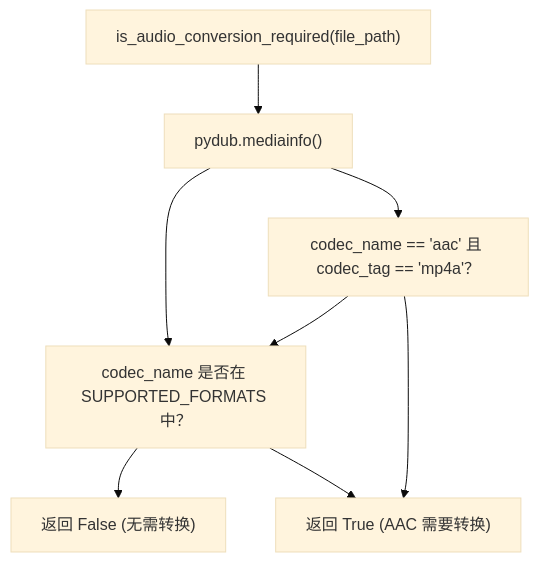
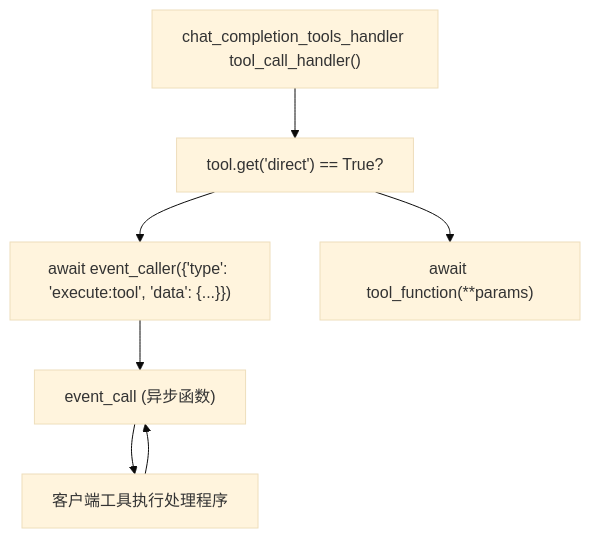
Before and after one commit to Chesszyh/Wiki: the third of 6 diagrams in tests/open-webui_deepwiki/zh/14-audio-processing.md, drawn with Mermaid (base theme). The commit also changed other lines of this file and 234 other files, not shown here.

````diff
--- a/tests/open-webui_deepwiki/zh/14-audio-processing.md
+++ b/tests/open-webui_deepwiki/zh/14-audio-processing.md
@@ -254,17 +85,16 @@
 ```mermaid
 flowchart TD
-    CheckFormat["is_audio_conversion_required(file_path)"]
-    GetMediaInfo["pydub.mediainfo()"]
-    CheckCodec["codec_name 是否在 SUPPORTED_FORMATS 中？"]
-    CheckAAC["codec_name == 'aac' 且 codec_tag == 'mp4a'？"]
-    NoConversion["返回 False (无需转换)"]
-    NeedsConversion["返回 True (AAC 需要转换)"]
+    ToolCallHandler["chat_completion_tools_handler tool_call_handler()"]
+    CheckDirect["tool.get('direct') == True?"]
+    DirectCall["await event_caller({'type': 'execute:tool', 'data': {...}})"]
+    CallableCall["await tool_function(**params)"]
+    EventCaller["event_call (异步函数)"]
+    ClientTool["客户端工具执行处理程序"]
 
-    CheckFormat --> GetMediaInfo
-    GetMediaInfo --> CheckCodec
-    GetMediaInfo --> CheckAAC
-    CheckCodec --> NoConversion
-    CheckCodec --> NeedsConversion
-    CheckAAC --> NeedsConversion
-    CheckAAC --> CheckCodec
+    ToolCallHandler --> CheckDirect
+    CheckDirect --> DirectCall
+    CheckDirect --> CallableCall
+    DirectCall --> EventCaller
+    EventCaller --> ClientTool
+    ClientTool --> EventCaller
 ```
````
